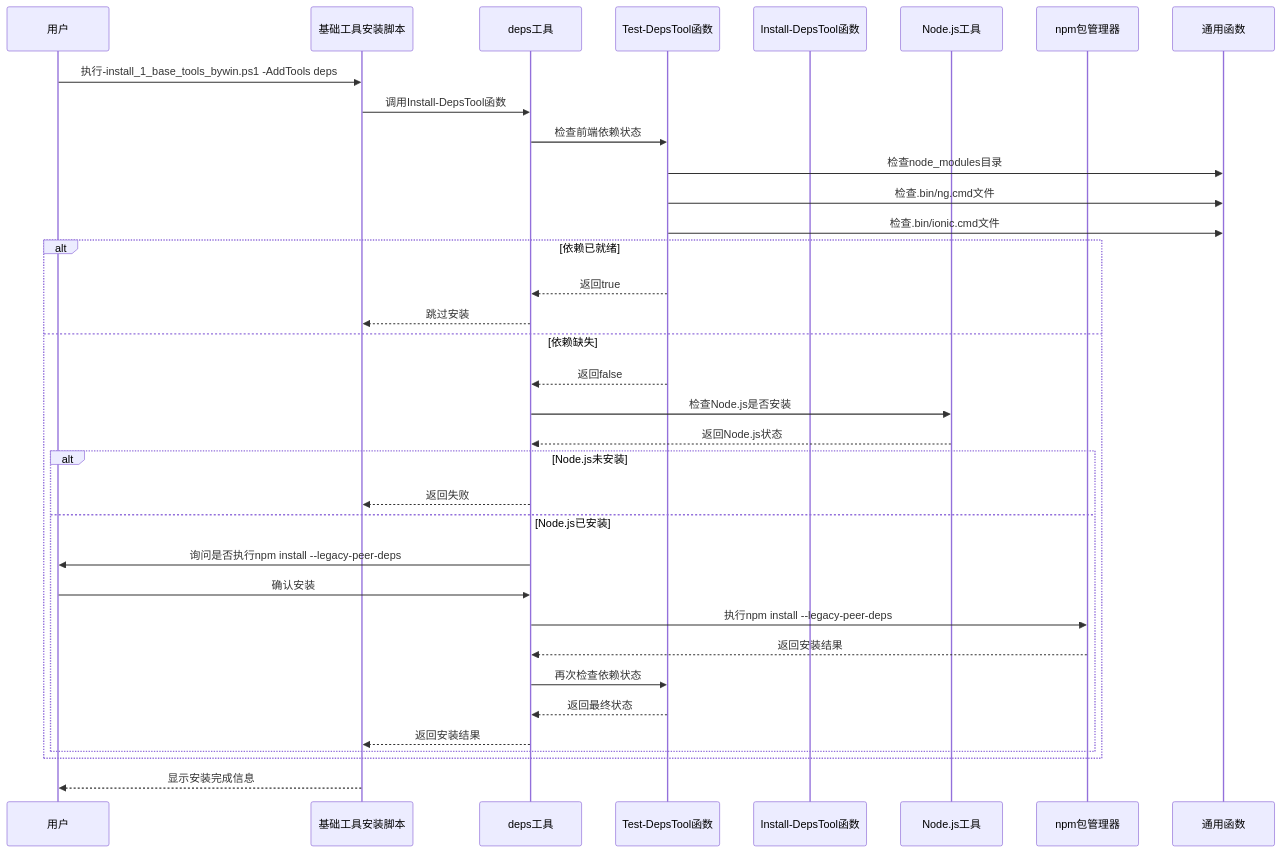
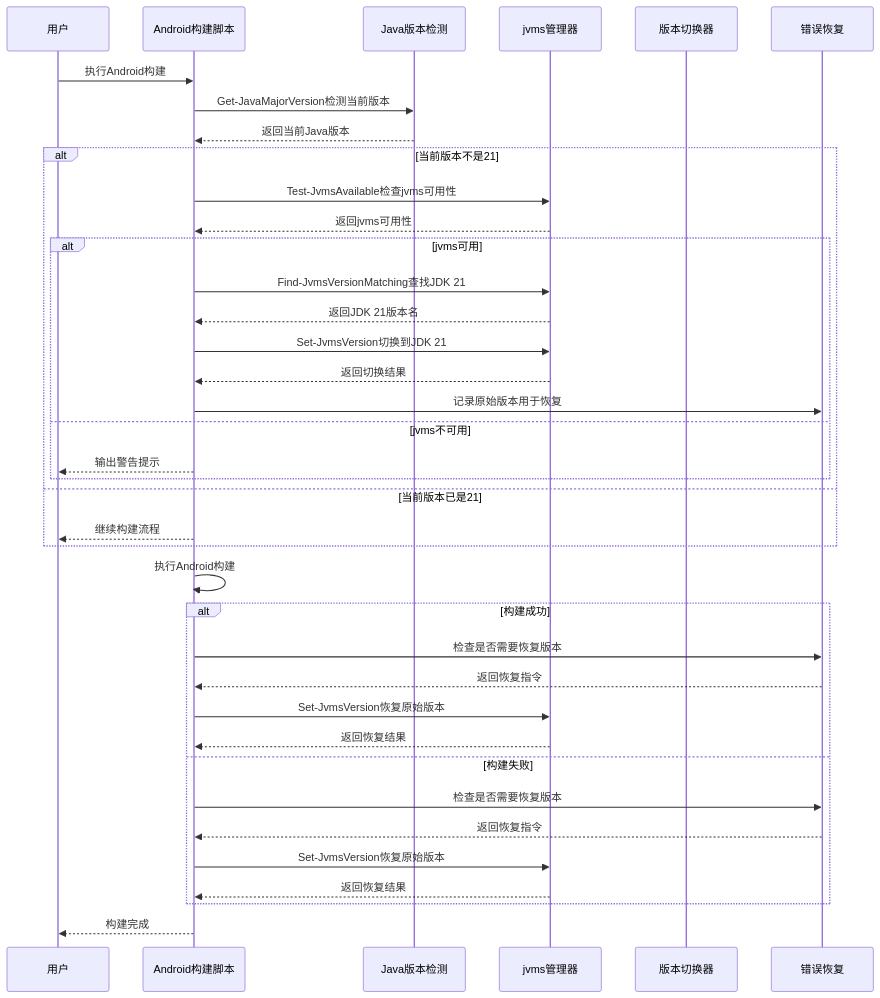
Before and after one commit to tea4go/Macro-Deck-Client-App: the third of 11 diagrams in .qoder/repowiki/zh/content/构建与部署/Windows PowerShell自动化.md, drawn with Mermaid. The commit also changed other lines of this file and 45 other files, not shown here.

````diff
--- a/.qoder/repowiki/zh/content/构建与部署/Windows PowerShell自动化.md
+++ b/.qoder/repowiki/zh/content/构建与部署/Windows PowerShell自动化.md
@@ -574,37 +615,40 @@
 ```mermaid
 sequenceDiagram
 participant User as 用户
-participant InstallScript as 基础工具安装脚本
-participant DepsTool as deps工具
-participant TestDeps as Test-DepsTool函数
-participant InstallDeps as Install-DepsTool函数
-participant NodeTool as Node.js工具
-participant NPM as npm包管理器
-participant Common as 通用函数
-User->>InstallScript : 执行-install_1_base_tools_bywin.ps1 -AddTools deps
-InstallScript->>DepsTool : 调用Install-DepsTool函数
-DepsTool->>TestDeps : 检查前端依赖状态
-TestDeps->>Common : 检查node_modules目录
-TestDeps->>Common : 检查.bin/ng.cmd文件
-TestDeps->>Common : 检查.bin/ionic.cmd文件
-alt 依赖已就绪
-TestDeps-->>DepsTool : 返回true
-DepsTool-->>InstallScript : 跳过安装
-else 依赖缺失
-TestDeps-->>DepsTool : 返回false
-DepsTool->>NodeTool : 检查Node.js是否安装
-NodeTool-->>DepsTool : 返回Node.js状态
-alt Node.js未安装
-DepsTool-->>InstallScript : 返回失败
-else Node.js已安装
-DepsTool->>User : 询问是否执行npm install --legacy-peer-deps
-User->>DepsTool : 确认安装
-DepsTool->>NPM : 执行npm install --legacy-peer-deps
-NPM-->>DepsTool : 返回安装结果
-DepsTool->>TestDeps : 再次检查依赖状态
-TestDeps-->>DepsTool : 返回最终状态
-DepsTool-->>InstallScript : 返回安装结果
+participant BuildScript as Android构建脚本
+participant JavaDetection as Java版本检测
+participant JvmsManager as jvms管理器
+participant VersionSwitcher as 版本切换器
+participant ErrorRecovery as 错误恢复
+User->>BuildScript : 执行Android构建
+BuildScript->>JavaDetection : Get-JavaMajorVersion检测当前版本
+JavaDetection-->>BuildScript : 返回当前Java版本
+alt 当前版本不是21
+BuildScript->>JvmsManager : Test-JvmsAvailable检查jvms可用性
+JvmsManager-->>BuildScript : 返回jvms可用性
+alt jvms可用
+BuildScript->>JvmsManager : Find-JvmsVersionMatching查找JDK 21
+JvmsManager-->>BuildScript : 返回JDK 21版本名
+BuildScript->>JvmsManager : Set-JvmsVersion切换到JDK 21
+JvmsManager-->>BuildScript : 返回切换结果
+BuildScript->>ErrorRecovery : 记录原始版本用于恢复
+else jvms不可用
+BuildScript-->>User : 输出警告提示
 end
+else 当前版本已是21
+BuildScript-->>User : 继续构建流程
 end
-InstallScript-->>User : 显示安装完成信息
+BuildScript->>BuildScript : 执行Android构建
+alt 构建成功
+BuildScript->>ErrorRecovery : 检查是否需要恢复版本
+ErrorRecovery-->>BuildScript : 返回恢复指令
+BuildScript->>JvmsManager : Set-JvmsVersion恢复原始版本
+JvmsManager-->>BuildScript : 返回恢复结果
+else 构建失败
+BuildScript->>ErrorRecovery : 检查是否需要恢复版本
+ErrorRecovery-->>BuildScript : 返回恢复指令
+BuildScript->>JvmsManager : Set-JvmsVersion恢复原始版本
+JvmsManager-->>BuildScript : 返回恢复结果
+end
+BuildScript-->>User : 构建完成
 ```
````
